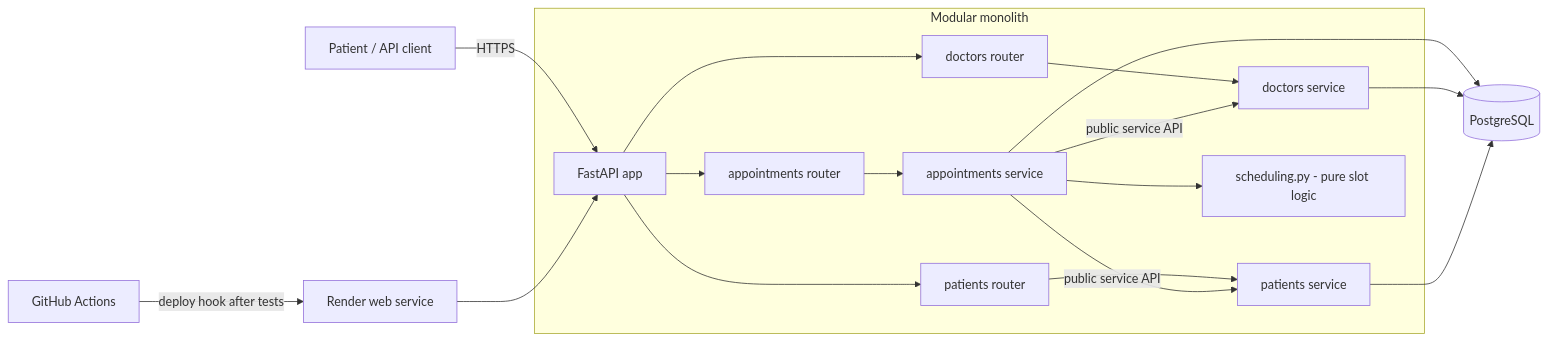
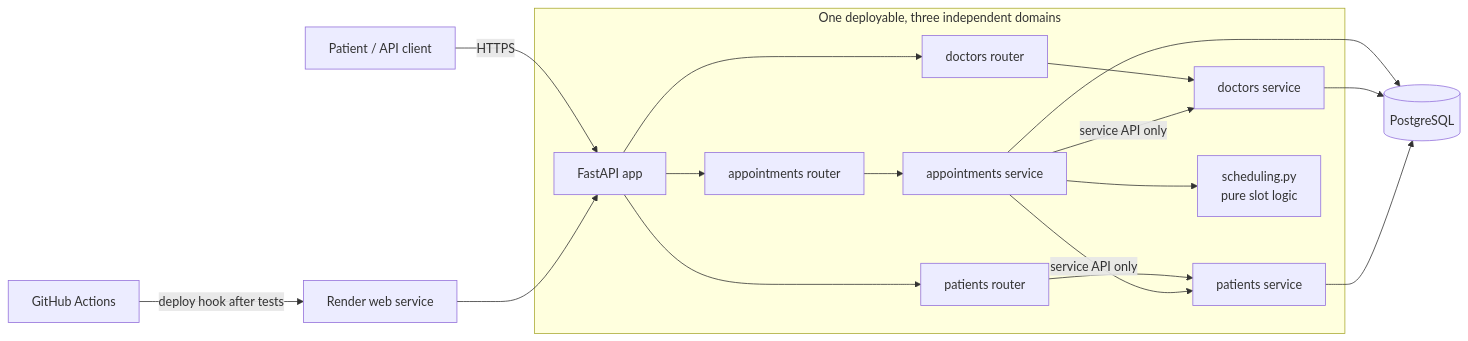
One commit to OmbongiFelix/clinic-booking-system changed the first of 4 diagrams in README.md. Above: the diagram before and after it, drawn with Mermaid. The commit also changed other lines of this file, not shown here.

````diff
--- a/README.md
+++ b/README.md
@@ -126,20 +63,20 @@
 ```mermaid
 flowchart LR
     Client[Patient / API client] -->|HTTPS| API[FastAPI app]
-    subgraph Monolith[Modular monolith]
+    subgraph Monolith[One deployable, three independent domains]
         API --> AR[appointments router]
         API --> DR[doctors router]
         API --> PR[patients router]
         AR --> AS[appointments service]
         DR --> DS[doctors service]
         PR --> PS[patients service]
-        AS -->|public service API| DS
-        AS -->|public service API| PS
-        AS --> SCH[scheduling.py - pure slot logic]
+        AS -->|service API only| DS
+        AS -->|service API only| PS
+        AS --> SCH[scheduling.py<br/>pure slot logic]
     end
     AS --> DB[(PostgreSQL)]
     DS --> DB
     PS --> DB
     GH[GitHub Actions] -->|deploy hook after tests| Render[Render web service]
     Render --> API
 ```
````
